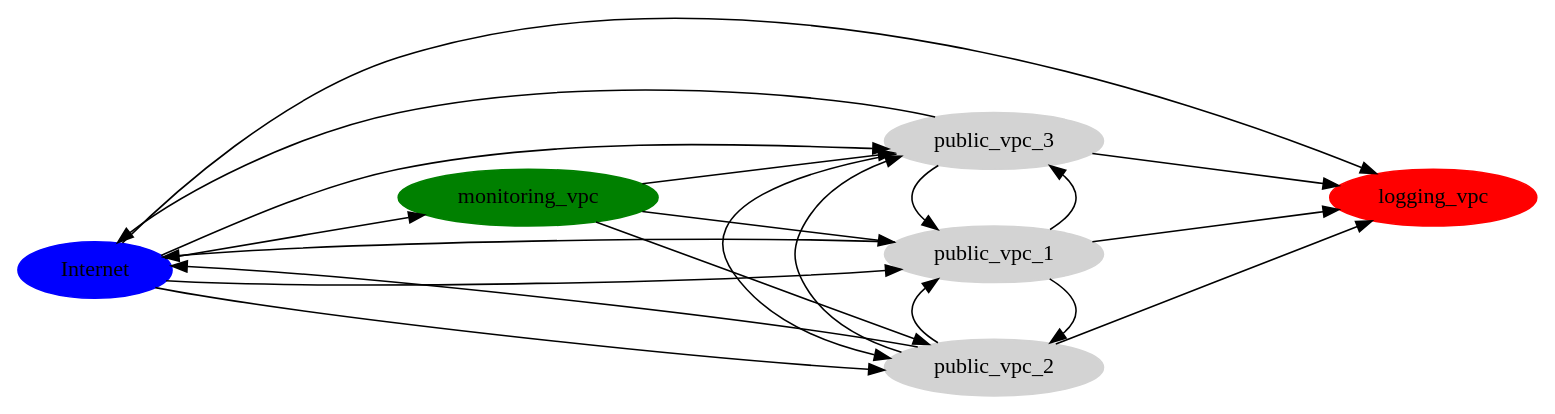
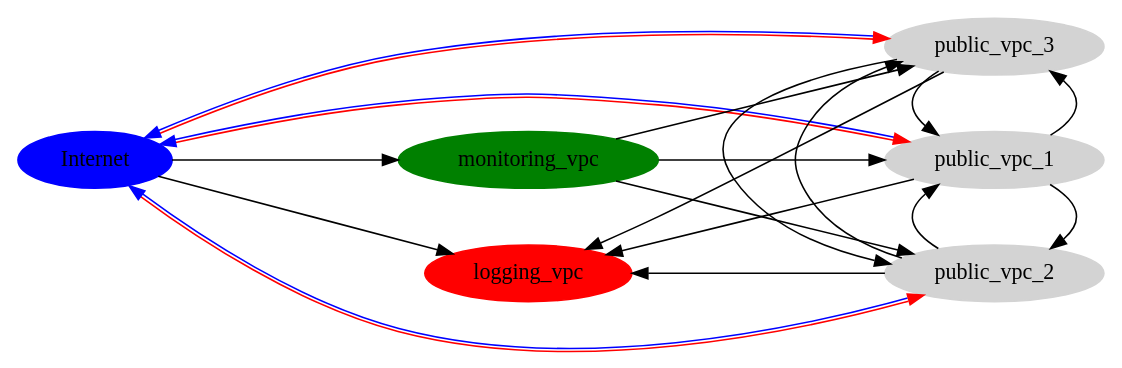
The diagram in docs/overall_layout.dot (jpancoast/cloudsetup), drawn with Graphviz before and after one commit. The commit also changed 4 other files, not shown here.

```diff
--- a/docs/overall_layout.dot
+++ b/docs/overall_layout.dot
@@ -1,64 +1,66 @@
 digraph G {
     #http://www.graphviz.org/pdf/dotguide.pdf
     rankdir = LR
 
     Internet [ color = blue, style = filled ]
     monitoring_vpc [ color = green, style = filled ]
     logging_vpc [ color = red, style = filled ]
 
     public_vpc_1 [ color = lightgray, style = filled ]
     public_vpc_2 [ color = lightgray, style = filled ]
     public_vpc_3 [ color = lightgray, style = filled ]
 
     ranksep = 2.0
     nodesep = .5
 
-    Internet -> public_vpc_1;
-    Internet -> public_vpc_2;
-    Internet -> public_vpc_3;
+    Internet -> public_vpc_1 [dir=both color="red:blue"];
+    Internet -> public_vpc_2 [dir=both color="red:blue"];
+    Internet -> public_vpc_3 [dir=both color="red:blue"];
 
     {
         rank = same;
         Internet;
     }
 
-    {
-        rank = same;
-        monitoring_vpc;
-    }
 
-    {
-        rank = same;
-        logging_vpc;
-    }
+#    {
+#        rank = same;
+#        logging_vpc;
+#    }
 
     {
         rank = same;
         public_vpc_1; public_vpc_2; public_vpc_3;
     }
 
 
+    {
+        rank = same;
+        monitoring_vpc; logging_vpc;
+    }
+
+    
     Internet -> monitoring_vpc;
     Internet -> logging_vpc;
 
     monitoring_vpc -> public_vpc_1;
     monitoring_vpc -> public_vpc_2;
     monitoring_vpc -> public_vpc_3;
 
     public_vpc_1 -> logging_vpc;
     public_vpc_2 -> logging_vpc;
     public_vpc_3 -> logging_vpc;
 
-    public_vpc_1 -> Internet;
-    public_vpc_2 -> Internet;
-    public_vpc_3 -> Internet;
+#    public_vpc_1 -> Internet;
+#    public_vpc_2 -> Internet;
+#    public_vpc_3 -> Internet;
 
     public_vpc_1 -> public_vpc_2;
     public_vpc_1 -> public_vpc_3;
 
     public_vpc_2 -> public_vpc_1;
     public_vpc_2 -> public_vpc_3;
 
     public_vpc_3 -> public_vpc_1;
     public_vpc_3 -> public_vpc_2;
 }
```
